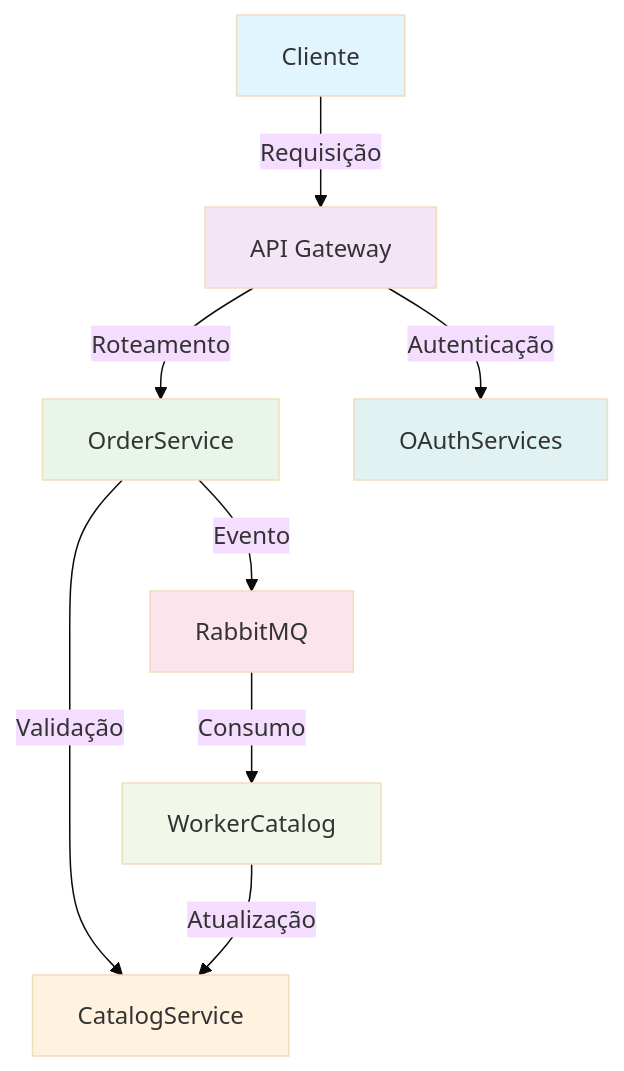
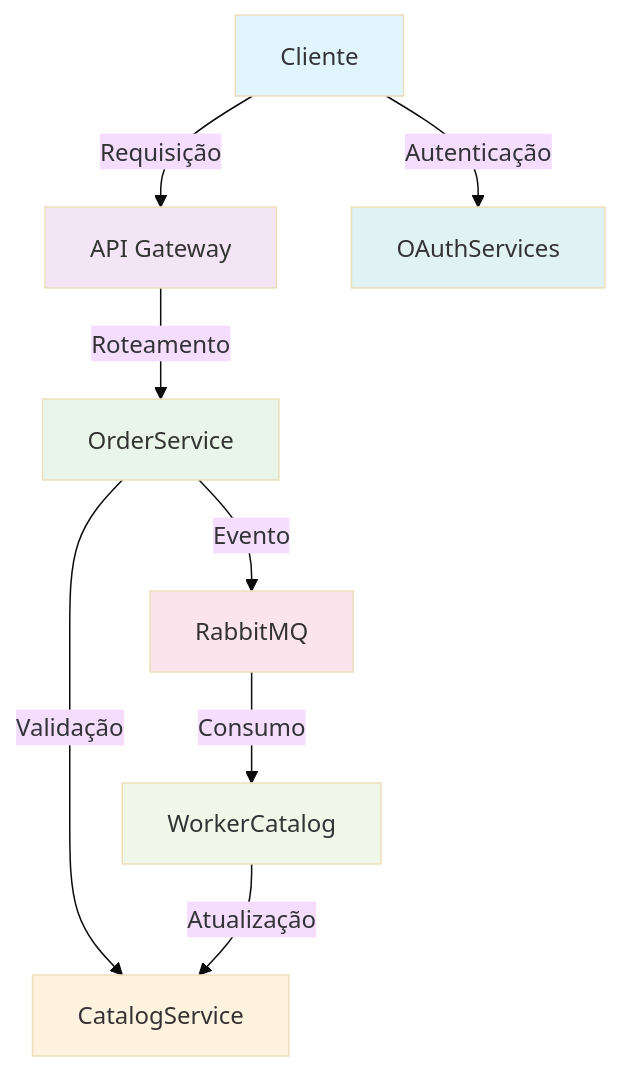
One commit to wallysonnabarro/CatalogService changed the diagram in README.md. Above: the diagram before and after it, drawn with Mermaid (base theme).

Commit message:
Update README.md
ajustes no fluxo da aplicação.

````diff
--- a/README.md
+++ b/README.md
@@ -186,18 +186,18 @@
 ```mermaid
 graph TD
     A[Cliente] -->|Requisição| B[API Gateway]
     B -->|Roteamento| C[OrderService]
     C -->|Validação| D[CatalogService]
     C -->|Evento| E[RabbitMQ]
     E -->|Consumo| F[WorkerCatalog]
     F -->|Atualização| D
-    B -->|Autenticação| G[OAuthServices]
+    A -->|Autenticação| G[OAuthServices]
     
     style A fill:#e1f5fe
     style B fill:#f3e5f5
     style C fill:#e8f5e8
     style D fill:#fff3e0
     style E fill:#fce4ec
     style F fill:#f1f8e9
     style G fill:#e0f2f1
 ```
````
